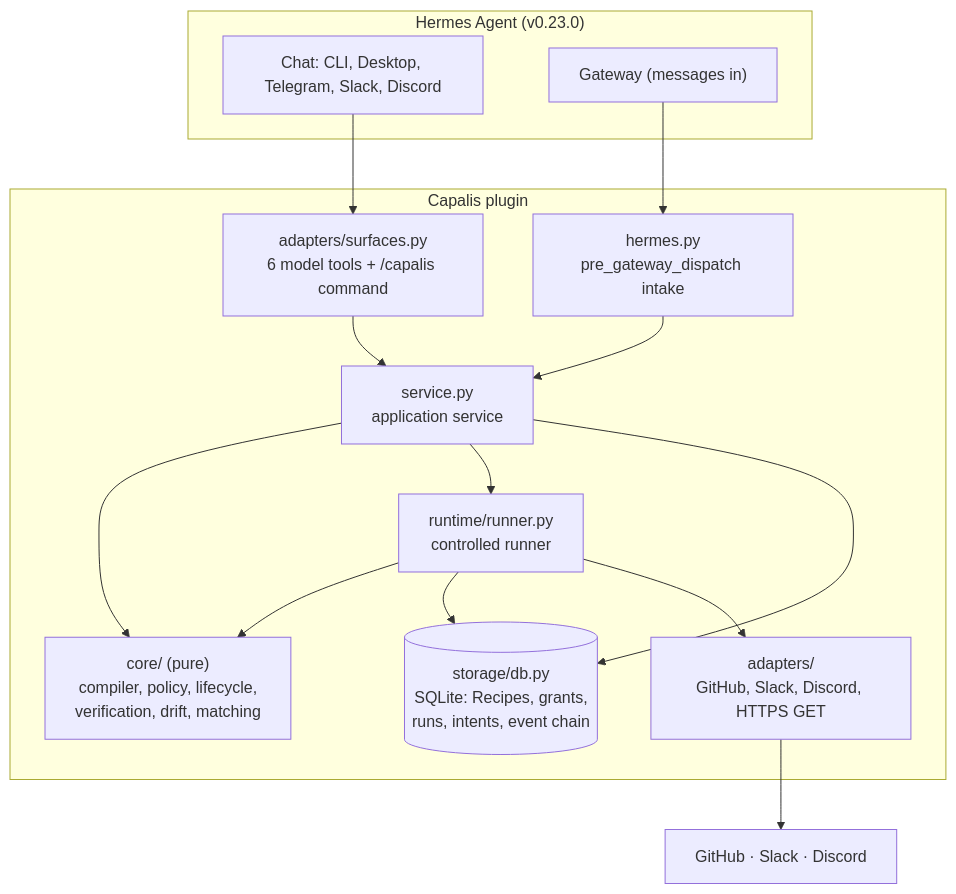
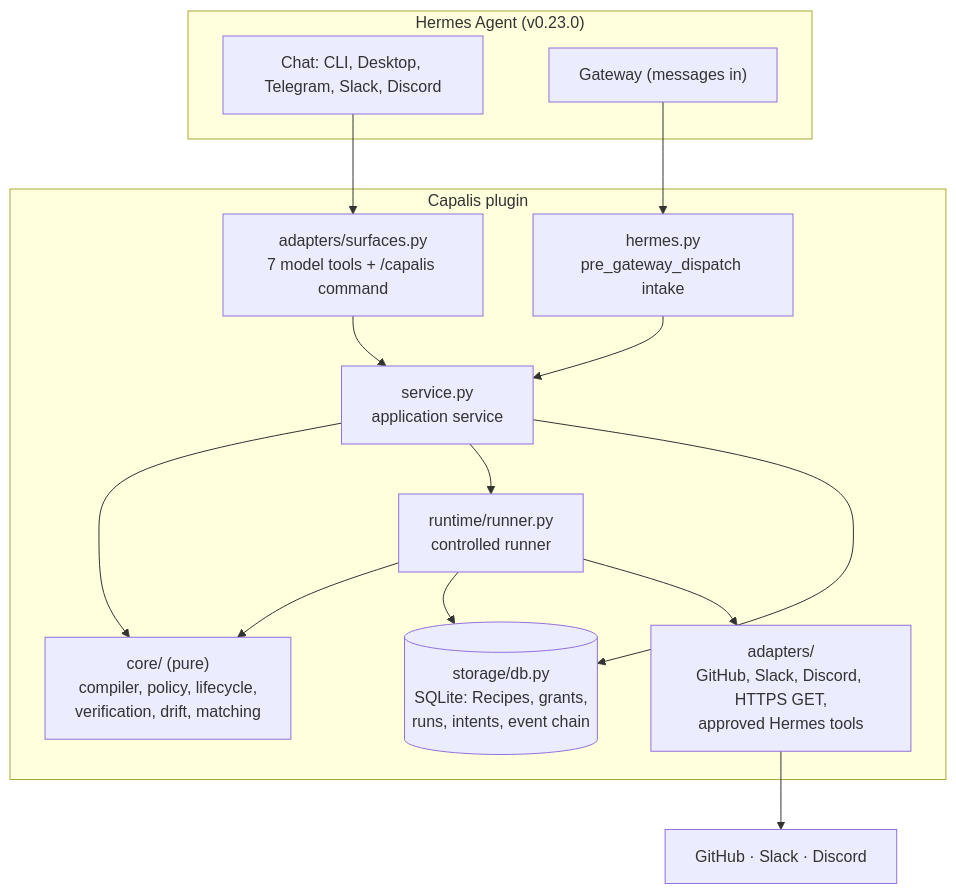
The first of 3 diagrams in docs/ARCHITECTURE.md (Femtech-web/Capalis), drawn with Mermaid before and after one commit. The commit also changed other lines of this file and 39 other files, not shown here.

````diff
--- a/docs/ARCHITECTURE.md
+++ b/docs/ARCHITECTURE.md
@@ -9,28 +9,28 @@
 ```mermaid
 flowchart TB
   subgraph Hermes["Hermes Agent (v0.23.0)"]
     chat["Chat: CLI, Desktop, Telegram, Slack, Discord"]
     gateway["Gateway (messages in)"]
   end
 
   subgraph Plugin["Capalis plugin"]
-    surfaces["adapters/surfaces.py<br/>6 model tools + /capalis command"]
+    surfaces["adapters/surfaces.py<br/>7 model tools + /capalis command"]
     hook["hermes.py<br/>pre_gateway_dispatch intake"]
     service["service.py<br/>application service"]
     runner["runtime/runner.py<br/>controlled runner"]
     store[("storage/db.py<br/>SQLite: Recipes, grants,<br/>runs, intents, event chain")]
     core["core/ (pure)<br/>compiler, policy, lifecycle,<br/>verification, drift, matching"]
-    adapters["adapters/<br/>GitHub, Slack, Discord, HTTPS GET"]
+    adapters["adapters/<br/>GitHub, Slack, Discord, HTTPS GET,<br/>approved Hermes tools"]
   end
 
   providers["GitHub · Slack · Discord"]
 
   chat --> surfaces --> service
   gateway --> hook --> service
   service --> core
   service --> runner
   runner --> core
   runner --> store
   service --> store
   runner --> adapters --> providers
 ```
````
